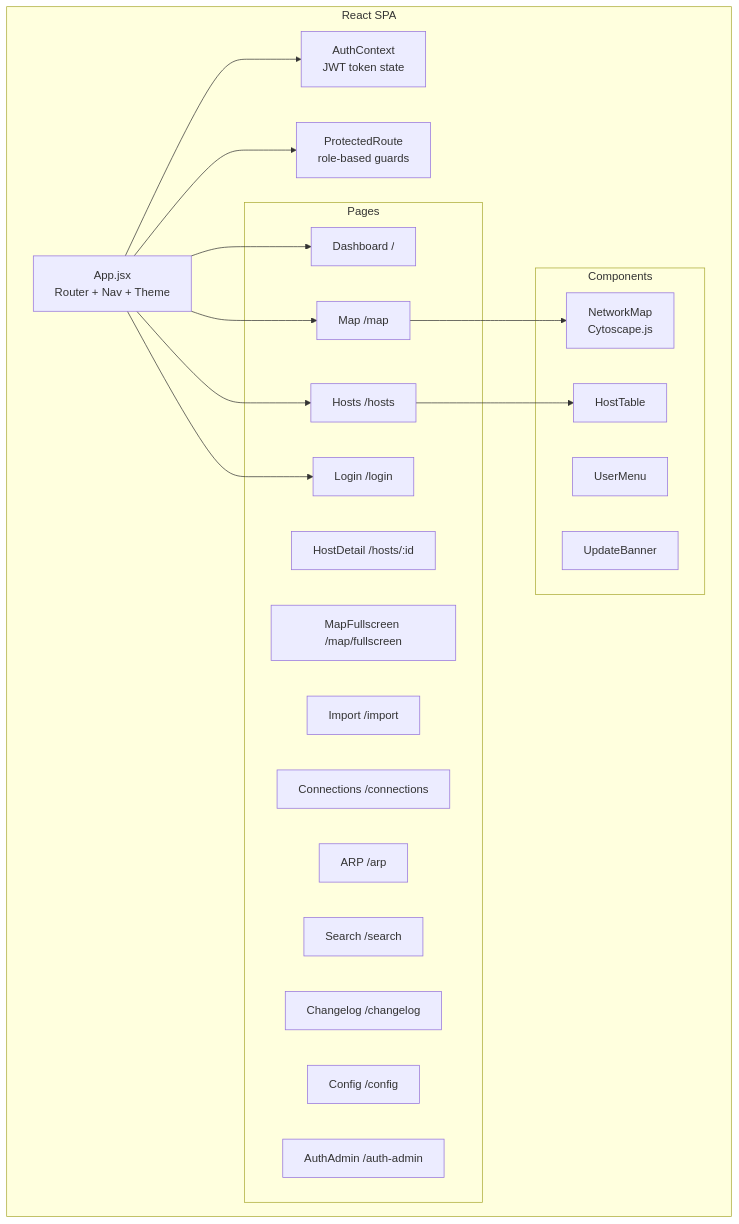
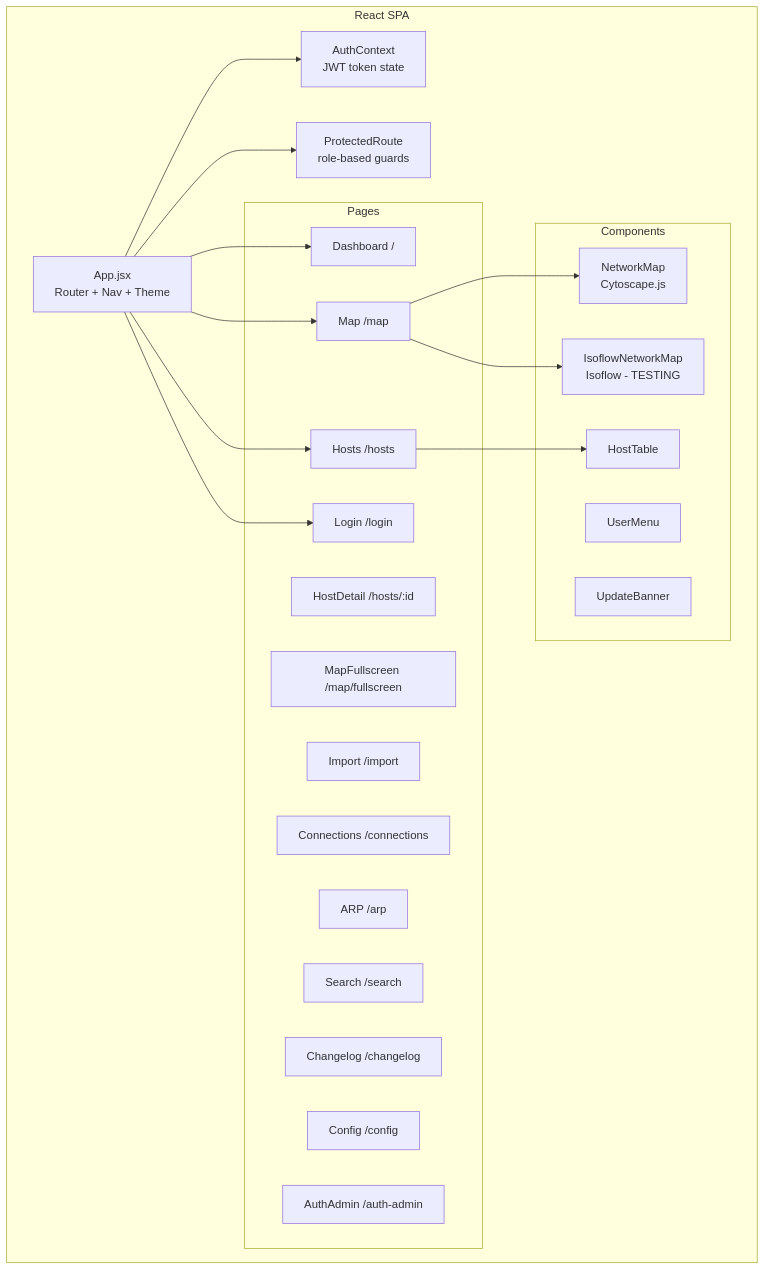
The diagram in docs/frontend.md (BadgerOps/grapheon), drawn with Mermaid before and after one commit. The commit also changed other lines of this file and 11 other files, not shown here.

First line of the commit message:
feat: add experimental isoflow isometric network diagram view (v0.9.0)

````diff
--- a/docs/frontend.md
+++ b/docs/frontend.md
@@ -31,35 +31,37 @@
 ```mermaid
 graph TD
     subgraph "React SPA"
         APP[App.jsx<br/>Router + Nav + Theme]
         APP --> AUTH_CTX[AuthContext<br/>JWT token state]
         APP --> PROTECTED[ProtectedRoute<br/>role-based guards]
 
         subgraph "Pages"
             DASH[Dashboard /]
             HOSTS[Hosts /hosts]
             DETAIL[HostDetail /hosts/:id]
             MAP[Map /map]
             MAPFS[MapFullscreen /map/fullscreen]
             IMPORT[Import /import]
             CONN[Connections /connections]
             ARP_P[ARP /arp]
             SEARCH[Search /search]
             CHANGELOG[Changelog /changelog]
             CONFIG[Config /config]
             AUTHADMIN[AuthAdmin /auth-admin]
             LOGIN[Login /login]
         end
 
         subgraph "Components"
             NETMAP[NetworkMap<br/>Cytoscape.js]
+            ISOMAP[IsoflowNetworkMap<br/>Isoflow - TESTING]
             TABLE[HostTable]
             USERMENU[UserMenu]
             BANNER[UpdateBanner]
         end
     end
 
     APP --> DASH & HOSTS & MAP & LOGIN
     MAP --> NETMAP
+    MAP --> ISOMAP
     HOSTS --> TABLE
 ```
````
